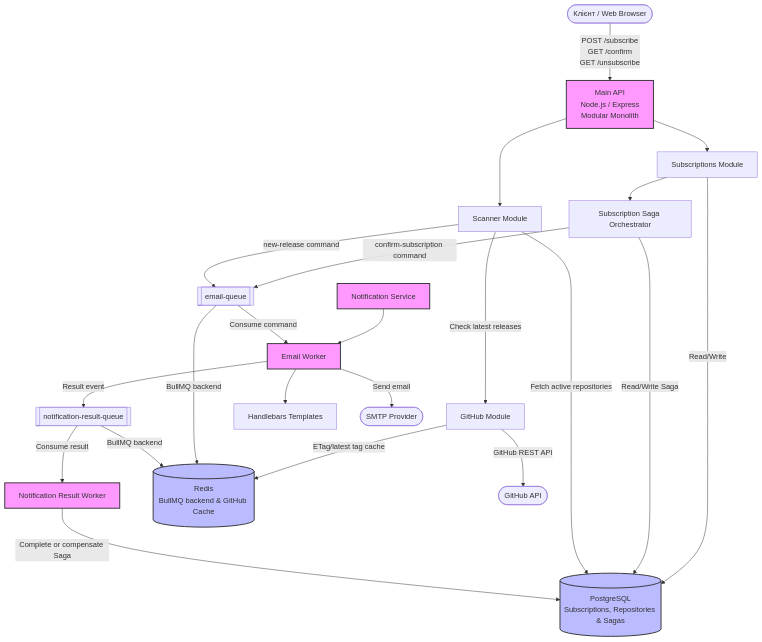
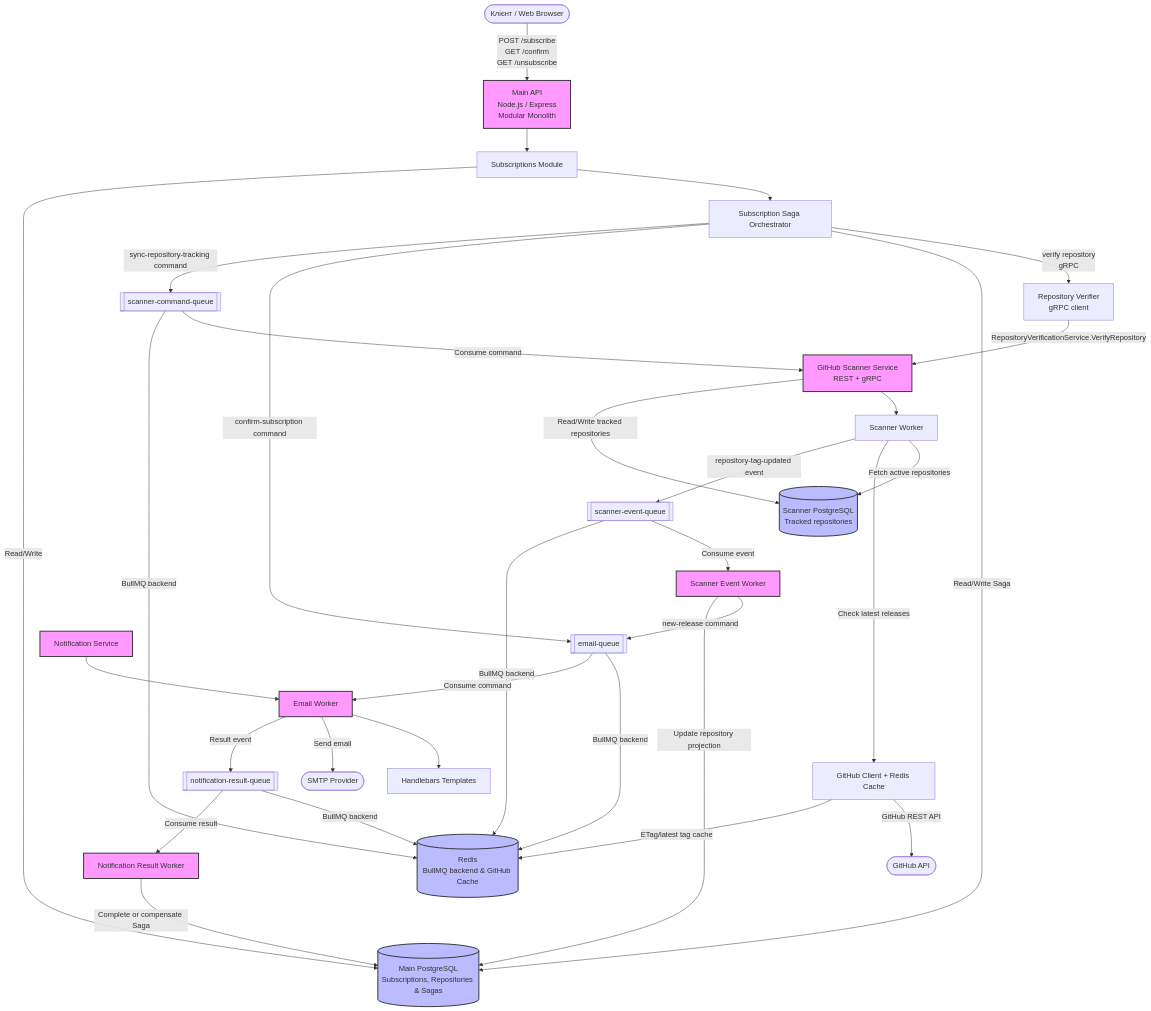
One commit to GenesisEducationKyiv/software-engineering-school-6-0-IvanGodPro24 changed the first of 2 diagrams in docs/system-design.md. Above: the diagram before and after it, drawn with Mermaid. The commit also changed other lines of this file and 2 other files, not shown here.

Commit message:
docs: document gRPC repository verification

````diff
--- a/docs/system-design.md
+++ b/docs/system-design.md
@@ -52,52 +54,68 @@
 ```mermaid
 graph TD
     Client([Клієнт / Web Browser])
 
     API[Main API<br/>Node.js / Express<br/>Modular Monolith]
     SubscriptionModule[Subscriptions Module]
     SagaOrchestrator[Subscription Saga Orchestrator]
-    Scanner[Scanner Module]
-    GitHubModule[GitHub Module]
     ResultWorker[Notification Result Worker]
+    ScannerEventWorker[Scanner Event Worker]
+    RepositoryVerifier[Repository Verifier<br/>gRPC client]
 
-    DB[(PostgreSQL<br/>Subscriptions, Repositories & Sagas)]
+    DB[(Main PostgreSQL<br/>Subscriptions, Repositories & Sagas)]
+    ScannerDB[(Scanner PostgreSQL<br/>Tracked repositories)]
     Redis[(Redis<br/>BullMQ backend & GitHub Cache)]
     EmailQueue[[email-queue]]
     ResultQueue[[notification-result-queue]]
+    ScannerCommandQueue[[scanner-command-queue]]
+    ScannerEventQueue[[scanner-event-queue]]
 
     NotificationService[Notification Service]
     EmailWorker[Email Worker]
     Templates[Handlebars Templates]
     SMTP([SMTP Provider])
+    ScannerService[GitHub Scanner Service<br/>REST + gRPC]
+    Scanner[Scanner Worker]
+    GitHubModule[GitHub Client + Redis Cache]
     GitHub([GitHub API])
 
     Client -- "POST /subscribe<br/>GET /confirm<br/>GET /unsubscribe" --> API
     API --> SubscriptionModule
     SubscriptionModule --> SagaOrchestrator
+    SagaOrchestrator -- "verify repository<br/>gRPC" --> RepositoryVerifier
+    RepositoryVerifier -- "RepositoryVerificationService.VerifyRepository" --> ScannerService
     SubscriptionModule -- "Read/Write" --> DB
     SagaOrchestrator -- "Read/Write Saga" --> DB
 
-    API --> Scanner
-    Scanner -- "Fetch active repositories" --> DB
+    ScannerService --> Scanner
+    Scanner -- "Fetch active repositories" --> ScannerDB
     Scanner -- "Check latest releases" --> GitHubModule
     GitHubModule -- "GitHub REST API" --> GitHub
     GitHubModule -- "ETag/latest tag cache" --> Redis
 
     SagaOrchestrator -- "confirm-subscription command" --> EmailQueue
-    Scanner -- "new-release command" --> EmailQueue
+    SagaOrchestrator -- "sync-repository-tracking command" --> ScannerCommandQueue
+    ScannerCommandQueue -- "Consume command" --> ScannerService
+    ScannerService -- "Read/Write tracked repositories" --> ScannerDB
+    Scanner -- "repository-tag-updated event" --> ScannerEventQueue
+    ScannerEventQueue -- "Consume event" --> ScannerEventWorker
+    ScannerEventWorker -- "new-release command" --> EmailQueue
+    ScannerEventWorker -- "Update repository projection" --> DB
     EmailQueue -- "BullMQ backend" --> Redis
     ResultQueue -- "BullMQ backend" --> Redis
+    ScannerCommandQueue -- "BullMQ backend" --> Redis
+    ScannerEventQueue -- "BullMQ backend" --> Redis
 
     NotificationService --> EmailWorker
     EmailQueue -- "Consume command" --> EmailWorker
     EmailWorker --> Templates
     EmailWorker -- "Send email" --> SMTP
     EmailWorker -- "Result event" --> ResultQueue
     ResultQueue -- "Consume result" --> ResultWorker
     ResultWorker -- "Complete or compensate Saga" --> DB
 
     classDef service fill:#f9f,stroke:#333,stroke-width:2px;
     classDef database fill:#bbf,stroke:#333,stroke-width:2px;
-    class API,NotificationService,EmailWorker,ResultWorker service;
-    class DB,Redis database;
+    class API,NotificationService,EmailWorker,ResultWorker,ScannerEventWorker,ScannerService service;
+    class DB,ScannerDB,Redis database;
 ```
````
